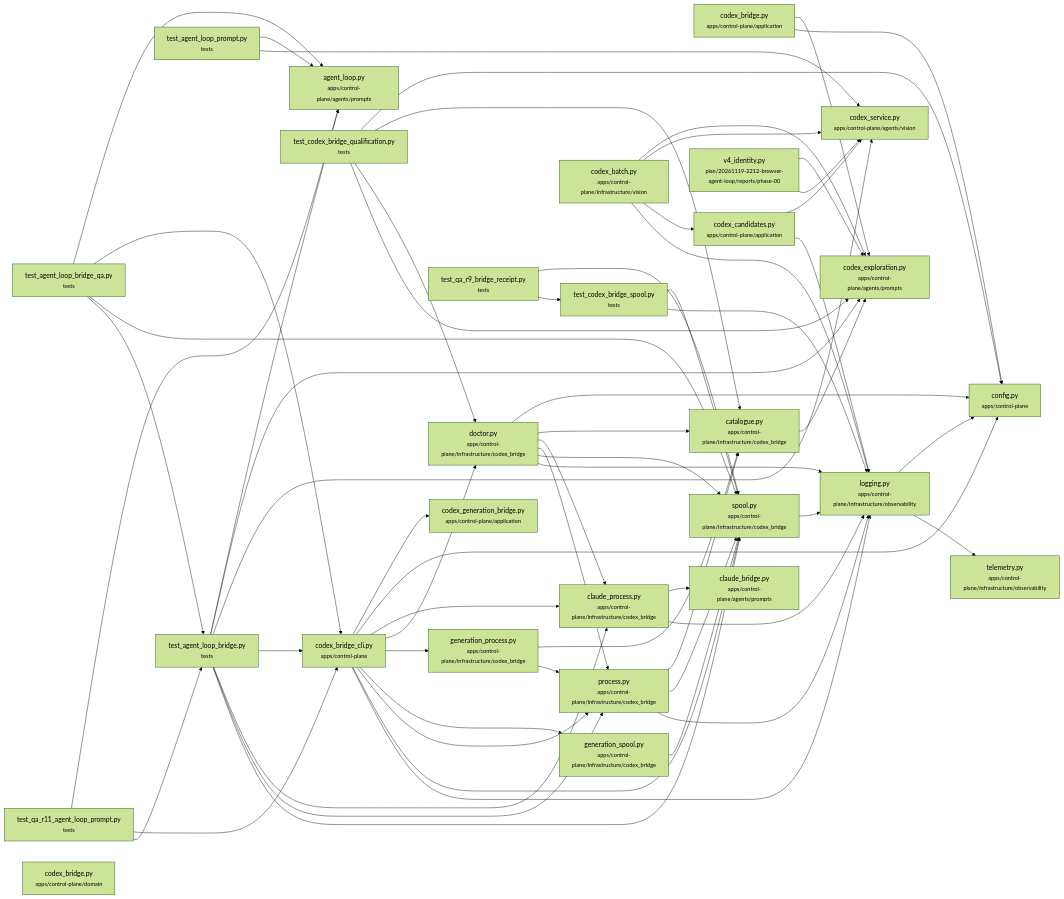
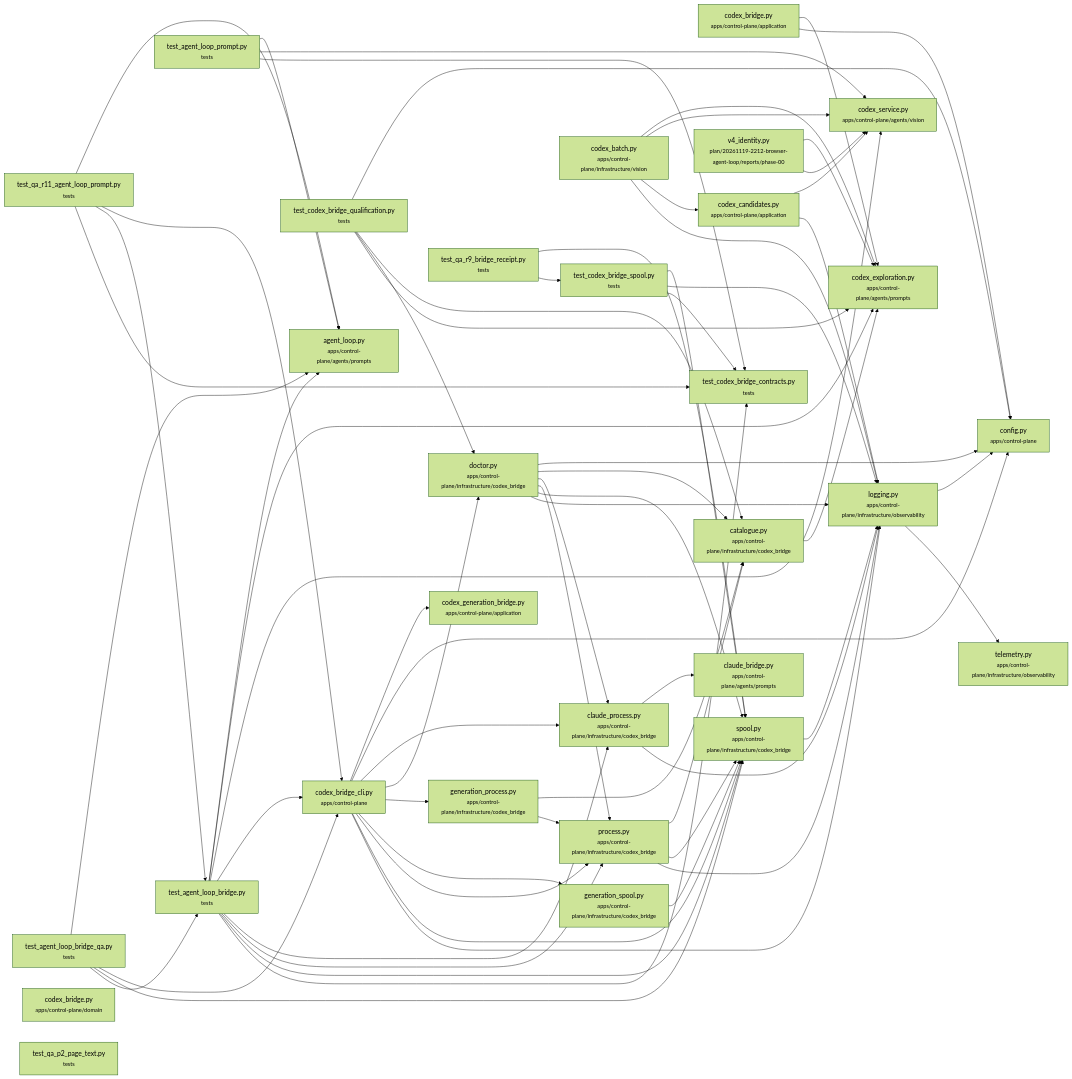
Before and after one commit to HenSanInDuty/agent-automation-testing: the diagram in auto-at-ui/docs/graphs/codex-bridge.md, drawn with Mermaid (forest theme). The commit also changed other lines of this file and 68 other files, not shown here.

````diff
--- a/auto-at-ui/docs/graphs/codex-bridge.md
+++ b/auto-at-ui/docs/graphs/codex-bridge.md
@@ -164,13 +170,15 @@
   n18["v4_identity.py<br/><small>plan/20261119-2212-browser-agent-loop/reports/phase-00</small>"]
   n19["test_agent_loop_bridge.py<br/><small>tests</small>"]
   n20["agent_loop.py<br/><small>apps/control-plane/agents/prompts</small>"]
-  n21["test_agent_loop_bridge_qa.py<br/><small>tests</small>"]
-  n22["test_agent_loop_prompt.py<br/><small>tests</small>"]
-  n23["test_codex_bridge_qualification.py<br/><small>tests</small>"]
-  n24["test_codex_bridge_spool.py<br/><small>tests</small>"]
-  n25["test_qa_r11_agent_loop_prompt.py<br/><small>tests</small>"]
-  n26["test_qa_r9_bridge_receipt.py<br/><small>tests</small>"]
-  n27["codex_bridge.py<br/><small>apps/control-plane/domain</small>"]
+  n21["test_codex_bridge_contracts.py<br/><small>tests</small>"]
+  n22["test_agent_loop_bridge_qa.py<br/><small>tests</small>"]
+  n23["test_agent_loop_prompt.py<br/><small>tests</small>"]
+  n24["test_codex_bridge_qualification.py<br/><small>tests</small>"]
+  n25["test_codex_bridge_spool.py<br/><small>tests</small>"]
+  n26["test_qa_r11_agent_loop_prompt.py<br/><small>tests</small>"]
+  n27["test_qa_r9_bridge_receipt.py<br/><small>tests</small>"]
+  n28["codex_bridge.py<br/><small>apps/control-plane/domain</small>"]
+  n29["test_qa_p2_page_text.py<br/><small>tests</small>"]
   n0 --> n1
   n0 --> n2
   n3 --> n4
@@ -215,21 +223,25 @@
   n19 --> n8
   n19 --> n12
   n19 --> n13
-  n21 --> n20
-  n21 --> n6
-  n21 --> n13
-  n21 --> n19
+  n19 --> n21
   n22 --> n20
-  n22 --> n4
-  n23 --> n2
-  n23 --> n14
-  n23 --> n9
-  n23 --> n1
-  n24 --> n13
-  n24 --> n5
-  n25 --> n20
-  n25 --> n6
-  n25 --> n19
-  n26 --> n13
-  n26 --> n24
+  n22 --> n6
+  n22 --> n13
+  n22 --> n19
+  n23 --> n20
+  n23 --> n4
+  n23 --> n21
+  n24 --> n2
+  n24 --> n14
+  n24 --> n9
+  n24 --> n1
+  n25 --> n13
+  n25 --> n5
+  n25 --> n21
+  n26 --> n20
+  n26 --> n6
+  n26 --> n19
+  n26 --> n21
+  n27 --> n13
+  n27 --> n25
 ```
````
